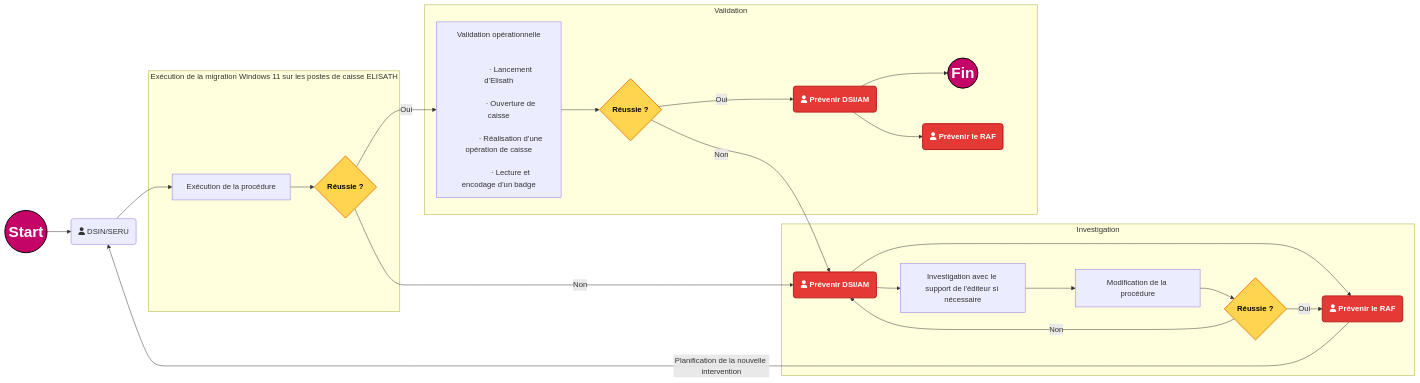
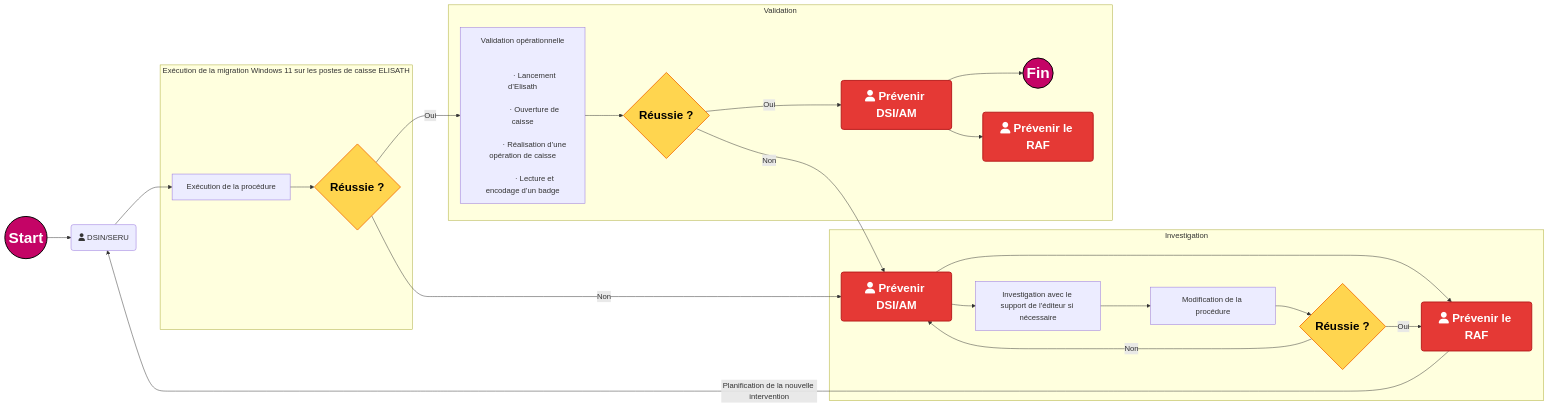
One commit to fdadda/iodraw-files changed the diagram in all/Flux de validation.md. Above: the diagram before and after it, drawn with Mermaid.

Commit message:
2026-05-12 11:48:33 update

````diff
--- a/all/Flux de validation.md
+++ b/all/Flux de validation.md
@@ -1,60 +1,60 @@
 ```mermaid
 flowchart LR
 
     start((Start)) --> A
     A(fa:fa-user DSIN/SERU) --> B[Exécution de la procédure]
 
     subgraph Exécution de la migration Windows 11 sur les postes de caisse ELISATH
         B --> C{Réussie ?}
     end
 
     subgraph Validation
         C -->|Oui| D["Validation opérationnelle<br/><br/>
             · Lancement d’Elisath<br/>
             · Ouverture de caisse<br/>
             · Réalisation d’une opération de caisse<br/>
             · Lecture et encodage d’un badge"]
 
         D --> Val{Réussie ?}
 
         Val -->|Oui| PrevDSI(fa:fa-user Prévenir DSI/AM)
        
         PrevDSI --> fin((Fin))
         PrevDSI  --> PrevRAF(fa:fa-user Prévenir le RAF)
     end
     Val --> |Non| E
     subgraph Investigation
         C -->|Non| E(fa:fa-user Prévenir DSI/AM)
         E --> F(fa:fa-user Prévenir le RAF)
         E --> G[Investigation avec le support de l'éditeur si nécessaire]
         G --> H[Modification de la procédure]
         H --> I{Réussie ?}
         I -->|Oui| F
         I -->|Non| E
     end
 
     F -->|Planification de la nouvelle intervention| A
 
     %% --- STYLES ---
     classDef StartEndPoint fill:#c40466,stroke:#000,color:#fff,stroke-width:2px,font-size:32px,font-weight:bold;
-    classDef decision      fill:#ffd54f,stroke:#f57f17,color:#000,stroke-width:2px,font-size:16px,font-weight:bold;
-    classDef error         fill:#e53935,stroke:#b71c1c,color:#fff,stroke-width:2px,font-weight:bold;
+    classDef decision      fill:#ffd54f,stroke:#f57f17,color:#000,stroke-width:2px,font-size:24px,font-weight:bold;
+    classDef error         fill:#e53935,stroke:#b71c1c,color:#fff,stroke-width:2px,font-size:24px,font-weight:bold;
 
     %% --- AFFECTATION DES CLASSES ---
     class start,fin StartEndPoint;
     class C,I,Val decision;
     class E,F,PrevDSI,PrevRAF error;
 
     %% --- “CEINTURE + BRETELLES” (force le style sur les 2 nœuds) ---
     %%style start font-size:32px,font-weight:bold
     %%style fin   font-size:32px,font-weight:bold
 
     %% --- Codes couleur (commentaires) ---
     %% Bleu marine #000080
     %% Midnight blue #191970
     %% Bleu foncé intense #080F70
     %% Bleu foncé moderne #111184
     %% Orange #ffd54f
     %% Rouge #e53935
     %% Rose CAPI #c40466
 ```
````
